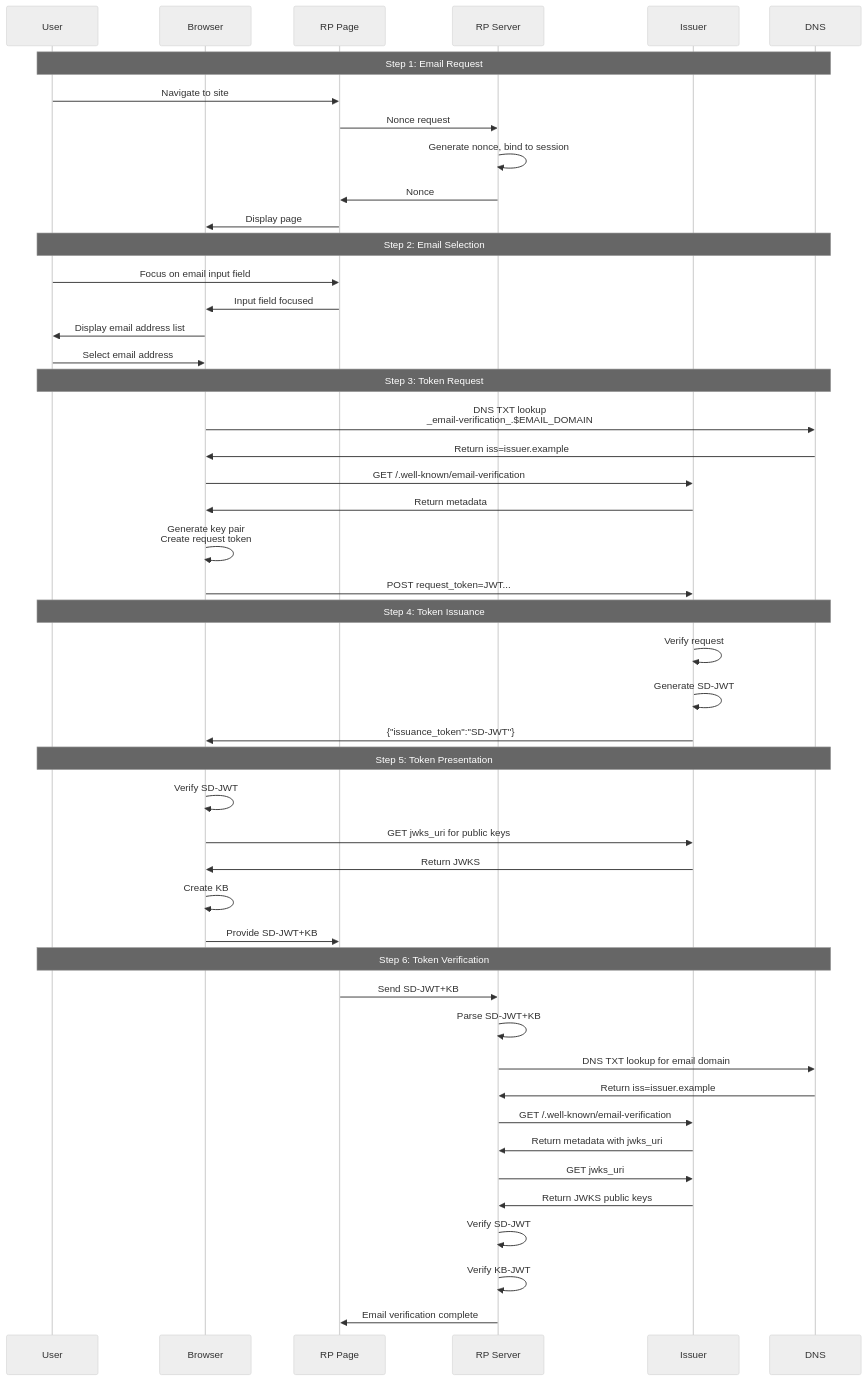
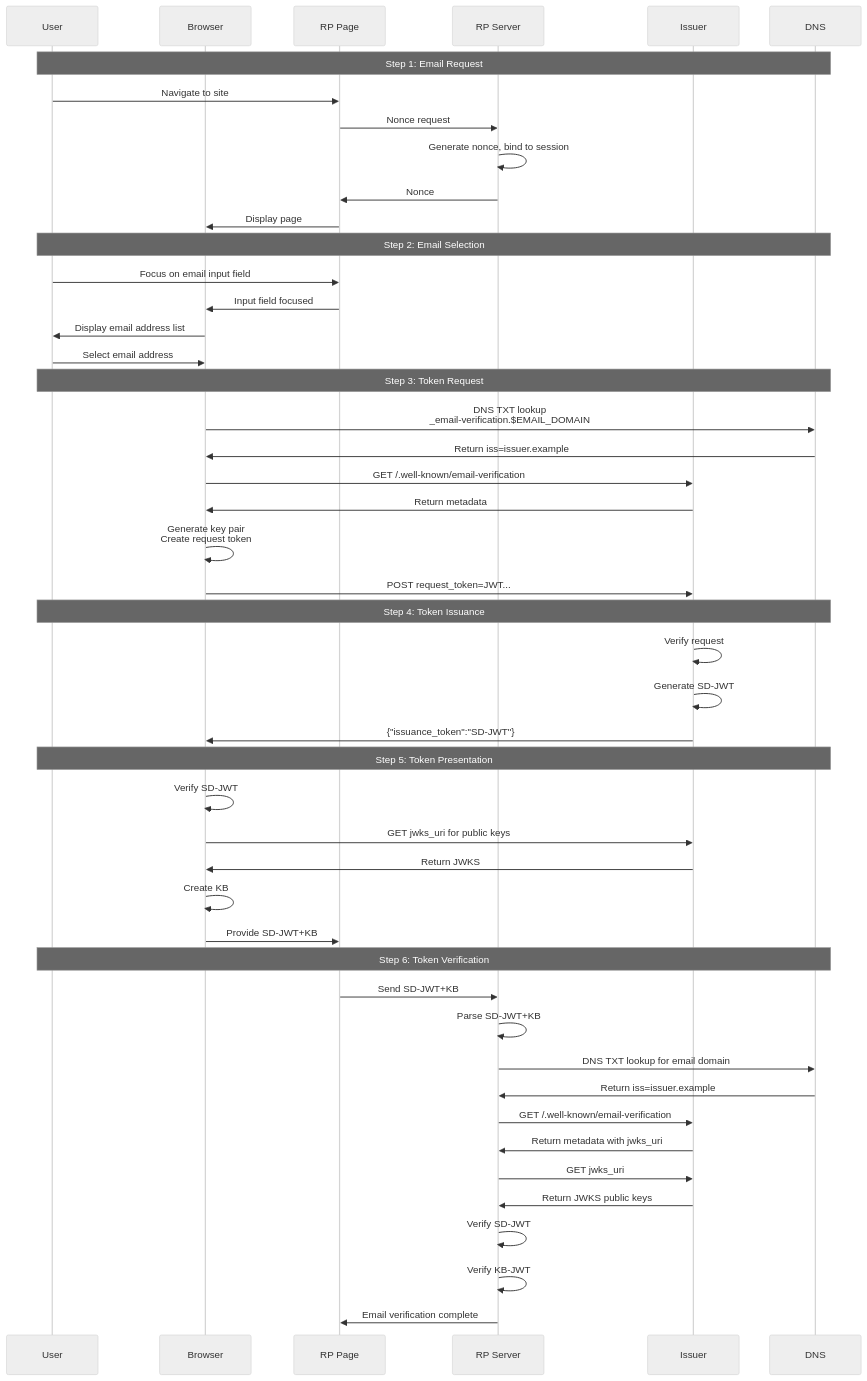
One commit to dickhardt/email-verification-protocol changed the diagram in README.md. Above: the diagram before and after it, drawn with Mermaid (neutral theme). The commit also changed other lines of this file, not shown here.

Commit message:
fix DNS name

````diff
--- a/README.md
+++ b/README.md
@@ -40,55 +40,55 @@
 ```mermaid
 sequenceDiagram
     participant U as User
     participant B as Browser
     participant RP as RP Page
     participant RPS as RP Server
     participant I as Issuer
     participant DNS as DNS
 
     Note over U,DNS: Step 1: Email Request
     U->>RP: Navigate to site
     RP->>RPS: Nonce request
     RPS->>RPS: Generate nonce, bind to session
     RPS->>RP: Nonce
     RP->>B: Display page 
 
     Note over U,DNS: Step 2: Email Selection
     U->>RP: Focus on email input field
     RP->>B: Input field focused
     B->>U: Display email address list
     U->>B: Select email address
 
     Note over U,DNS: Step 3: Token Request
-    B->>DNS: DNS TXT lookup<br/>_email-verification_.$EMAIL_DOMAIN
+    B->>DNS: DNS TXT lookup<br/>_email-verification.$EMAIL_DOMAIN
     DNS->>B: Return iss=issuer.example
     B->>I: GET /.well-known/email-verification
     I->>B: Return metadata
     B->>B: Generate key pair<br/>Create request token
     B->>I: POST request_token=JWT...
 
     Note over U,DNS: Step 4: Token Issuance
     I->>I: Verify request
     I->>I: Generate SD-JWT
     I->>B: {"issuance_token":"SD-JWT"}
 
     Note over U,DNS: Step 5: Token Presentation
     B->>B: Verify SD-JWT
     B->>I: GET jwks_uri for public keys
     I->>B: Return JWKS
     B->>B: Create KB
     B->>RP: Provide SD-JWT+KB
 
     Note over U,DNS: Step 6: Token Verification
     RP->>RPS: Send SD-JWT+KB 
     RPS->>RPS: Parse SD-JWT+KB
     RPS->>DNS: DNS TXT lookup for email domain
     DNS->>RPS: Return iss=issuer.example
     RPS->>I: GET /.well-known/email-verification
     I->>RPS: Return metadata with jwks_uri
     RPS->>I: GET jwks_uri
     I->>RPS: Return JWKS public keys
     RPS->>RPS: Verify SD-JWT
     RPS->>RPS: Verify KB-JWT
     RPS->>RP: Email verification complete
 ```
````
